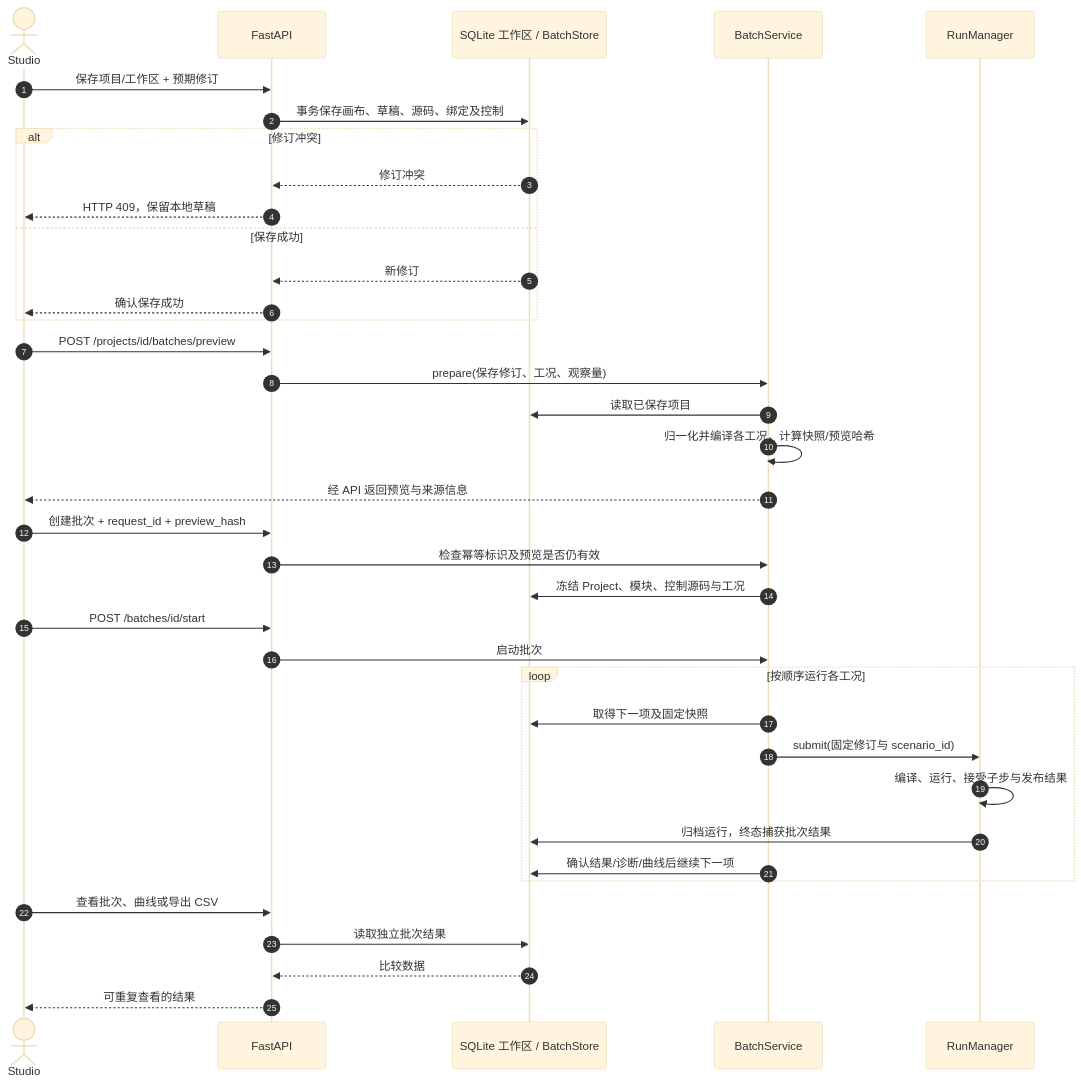
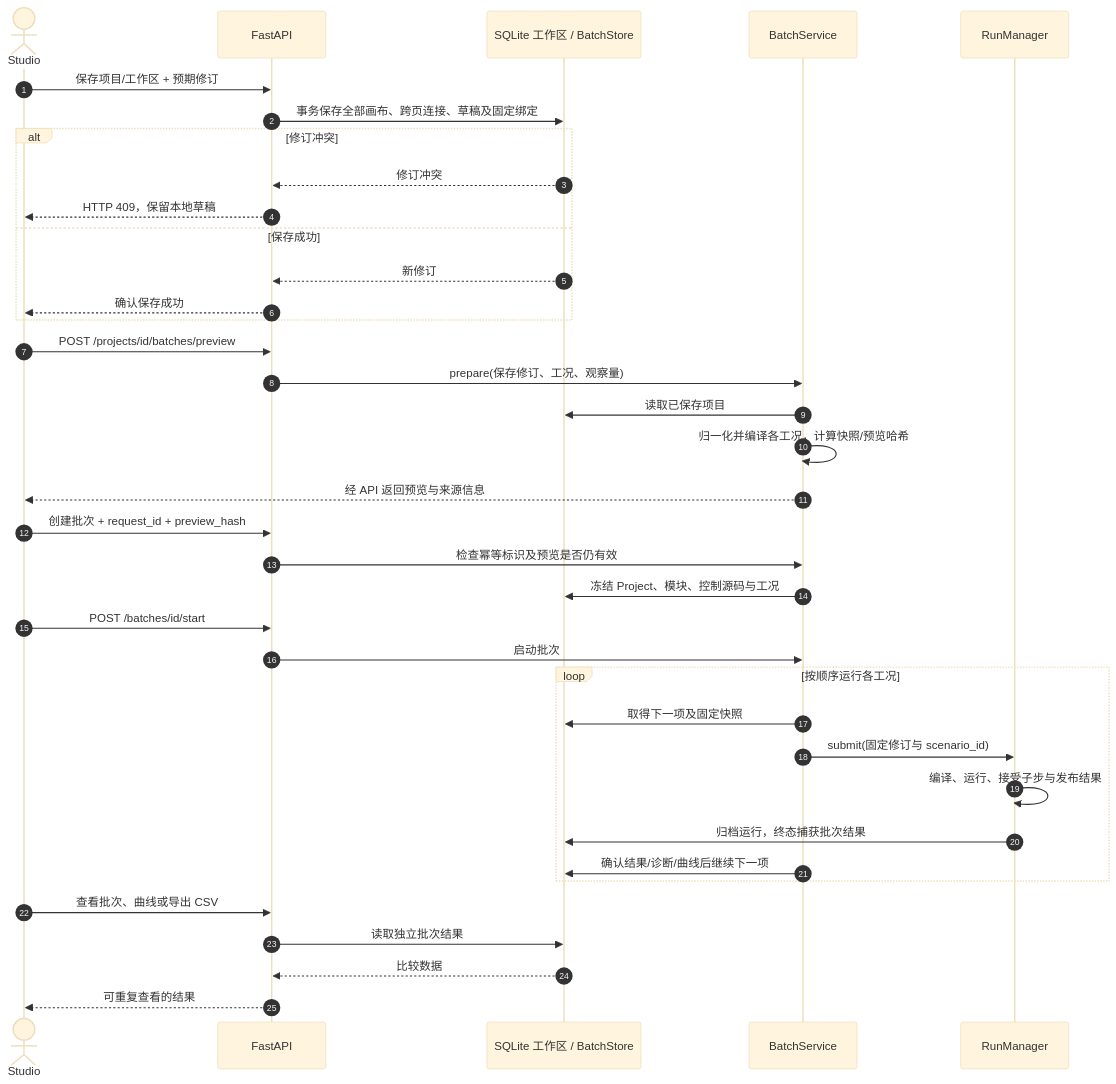
The tenth of 10 diagrams in fluidnet-prototype-engine/docs/ARCHITECTURE_AND_SEQUENCE.md (kongbaifan/fluidnet), drawn with Mermaid (base theme) before and after one commit. The commit also changed other lines of this file and 30 other files, not shown here.

Commit message:
文档：更新架构图并登记架构整理实施计划

````diff
--- a/fluidnet-prototype-engine/docs/ARCHITECTURE_AND_SEQUENCE.md
+++ b/fluidnet-prototype-engine/docs/ARCHITECTURE_AND_SEQUENCE.md
@@ -357,39 +457,39 @@
 ```mermaid
 sequenceDiagram
   autonumber
   actor U as Studio
   participant A as FastAPI
   participant D as SQLite 工作区 / BatchStore
   participant B as BatchService
   participant J as RunManager
   U->>A: 保存项目/工作区 + 预期修订
-  A->>D: 事务保存画布、草稿、源码、绑定及控制
+  A->>D: 事务保存全部画布、跨页连接、草稿及固定绑定
   alt 修订冲突
     D-->>A: 修订冲突
     A-->>U: HTTP 409，保留本地草稿
   else 保存成功
     D-->>A: 新修订
     A-->>U: 确认保存成功
   end
   U->>A: POST /projects/id/batches/preview
   A->>B: prepare(保存修订、工况、观察量)
   B->>D: 读取已保存项目
   B->>B: 归一化并编译各工况，计算快照/预览哈希
   B-->>U: 经 API 返回预览与来源信息
   U->>A: 创建批次 + request_id + preview_hash
   A->>B: 检查幂等标识及预览是否仍有效
   B->>D: 冻结 Project、模块、控制源码与工况
   U->>A: POST /batches/id/start
   A->>B: 启动批次
   loop 按顺序运行各工况
     B->>D: 取得下一项及固定快照
     B->>J: submit(固定修订与 scenario_id)
     J->>J: 编译、运行、接受子步与发布结果
     J->>D: 归档运行，终态捕获批次结果
     B->>D: 确认结果/诊断/曲线后继续下一项
   end
   U->>A: 查看批次、曲线或导出 CSV
   A->>D: 读取独立批次结果
   D-->>A: 比较数据
   A-->>U: 可重复查看的结果
 ```
````
